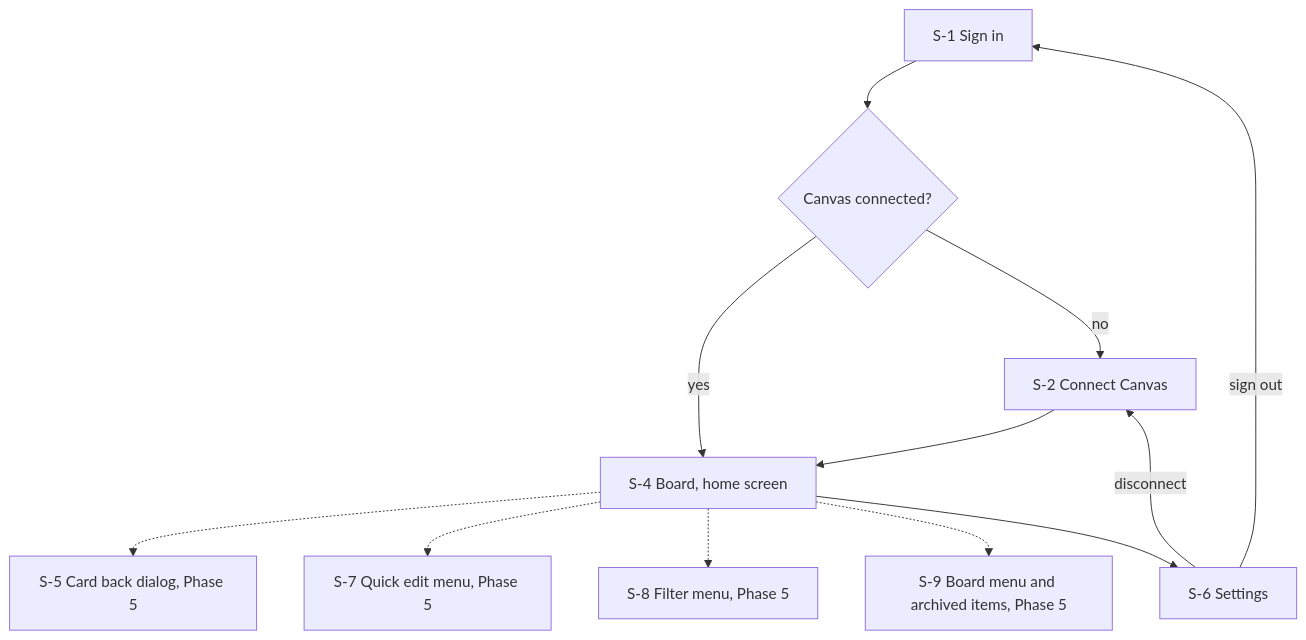
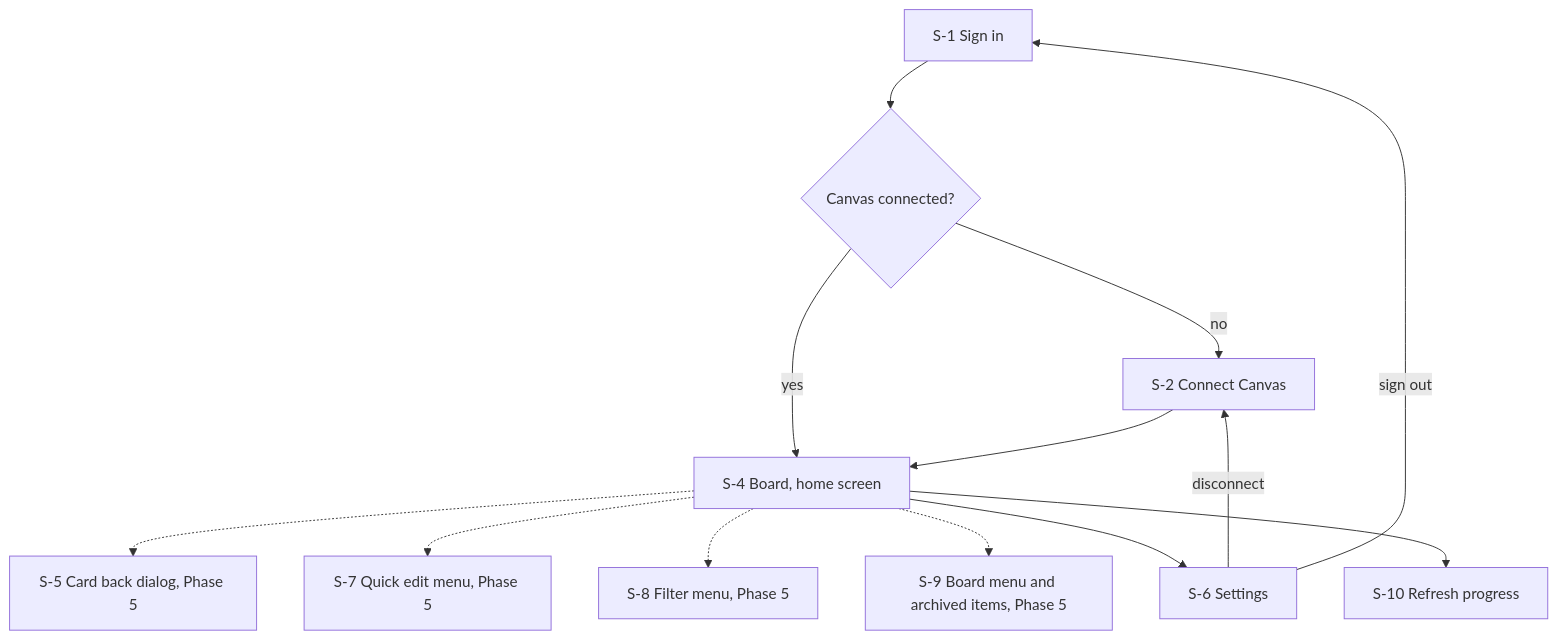
The first of 9 diagrams in docs/canvas-portal/04-ui-specification.md (bbranton/TestProj), drawn with Mermaid before and after one commit. The commit also changed other lines of this file and 4 other files, not shown here.

First line of the commit message:
Add Refresh progress; answer Q-3; settle decisions

````diff
--- a/docs/canvas-portal/04-ui-specification.md
+++ b/docs/canvas-portal/04-ui-specification.md
@@ -18,14 +18,15 @@
 ```mermaid
 flowchart TD
     S1[S-1 Sign in] --> Q{Canvas connected?}
     Q -- no --> S2[S-2 Connect Canvas]
     Q -- yes --> S4[S-4 Board, home screen]
     S2 --> S4
     S4 -.-> S5[S-5 Card back dialog, Phase 5]
     S4 -.-> S7[S-7 Quick edit menu, Phase 5]
     S4 -.-> S8[S-8 Filter menu, Phase 5]
     S4 -.-> S9[S-9 Board menu and archived items, Phase 5]
     S4 --> S6[S-6 Settings]
+    S4 --> S10[S-10 Refresh progress]
     S6 -- disconnect --> S2
     S6 -- sign out --> S1
 ```
````
